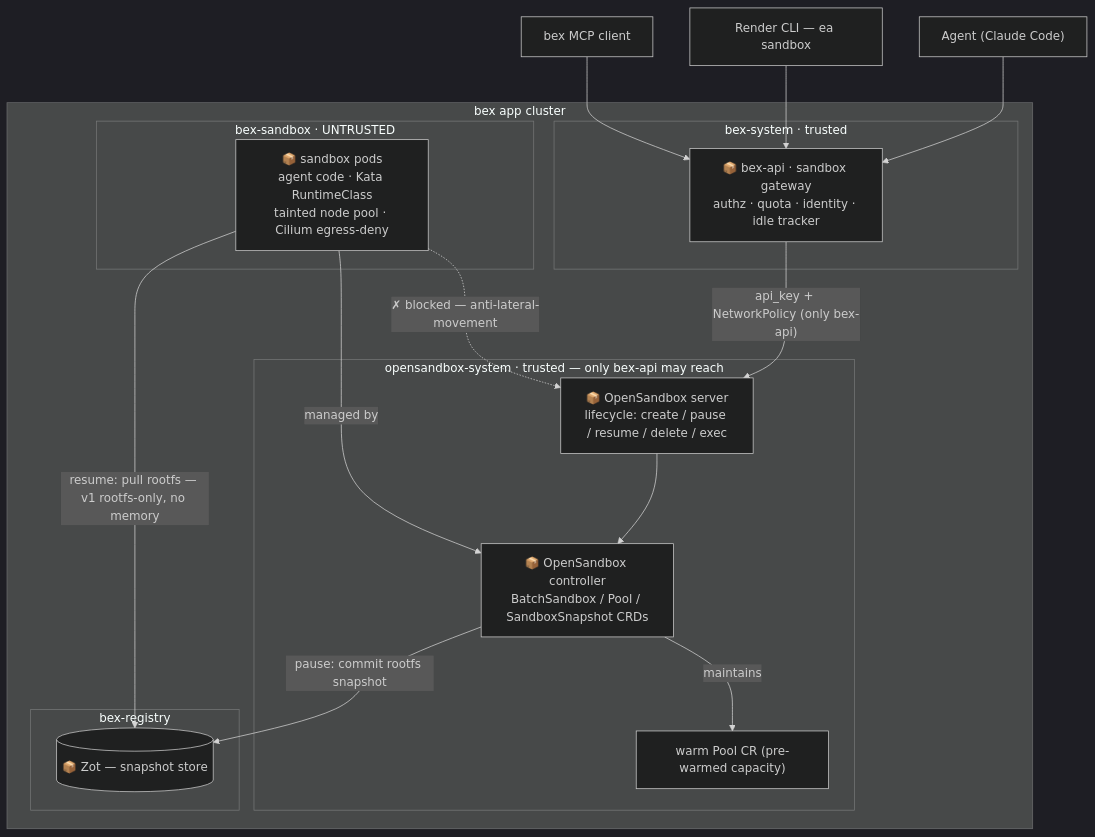
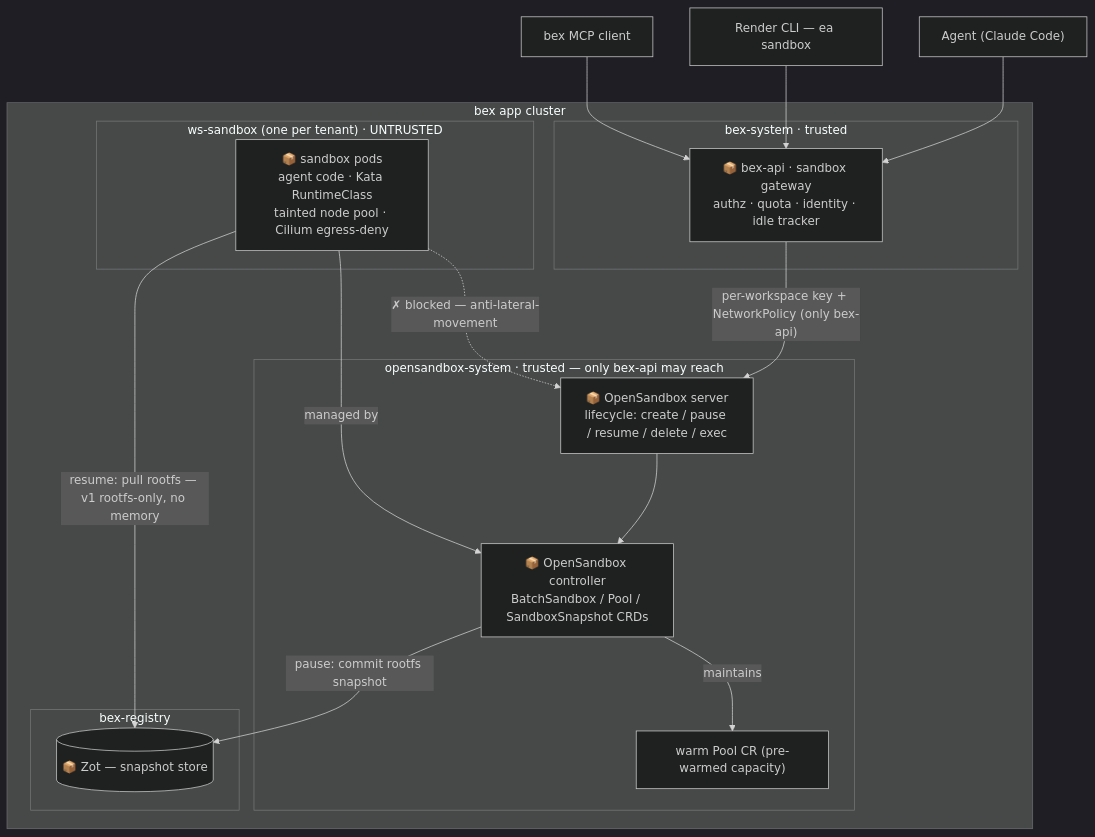
One commit to cuckoo-network/cuckoo changed the diagram in docs/ADR042-sandbox-cluster-substrate.md. Above: the diagram before and after it, drawn with Mermaid (dark theme). The commit also changed other lines of this file and 26 other files, not shown here.

First line of the commit message:
feat(store): per-tenant namespace lifecycle reconciler (w3/m31 t001)

````diff
--- a/docs/ADR042-sandbox-cluster-substrate.md
+++ b/docs/ADR042-sandbox-cluster-substrate.md
@@ -56,34 +56,34 @@
 ```mermaid
 flowchart TB
   agent["Agent (Claude Code)"]
   cli["Render CLI — ea sandbox"]
   mcp["bex MCP client"]
 
   subgraph cluster["bex app cluster"]
     subgraph bexsys["bex-system · trusted"]
       api["📦 bex-api · sandbox gateway<br/>authz · quota · identity · idle tracker"]
     end
     subgraph ossys["opensandbox-system · trusted — only bex-api may reach"]
       osserver["📦 OpenSandbox server<br/>lifecycle: create / pause / resume / delete / exec"]
       ctrl["📦 OpenSandbox controller<br/>BatchSandbox / Pool / SandboxSnapshot CRDs"]
       pool["warm Pool CR (pre-warmed capacity)"]
     end
-    subgraph sandboxns["bex-sandbox · UNTRUSTED"]
+    subgraph sandboxns["ws-sandbox (one per tenant) · UNTRUSTED"]
       sbx["📦 sandbox pods<br/>agent code · Kata RuntimeClass<br/>tainted node pool · Cilium egress-deny"]
     end
     subgraph regns["bex-registry"]
       zot[("📦 Zot — snapshot store")]
     end
   end
 
   agent --> api
   cli --> api
   mcp --> api
-  api -->|"api_key + NetworkPolicy (only bex-api)"| osserver
+  api -->|"per-workspace key + NetworkPolicy (only bex-api)"| osserver
   osserver --> ctrl
   sbx -->|"managed by"| ctrl
   ctrl -->|"maintains"| pool
   ctrl -->|"pause: commit rootfs snapshot"| zot
   sbx -->|"resume: pull rootfs — v1 rootfs-only, no memory"| zot
   sbx -.->|"✗ blocked — anti-lateral-movement"| osserver
 ```
````
